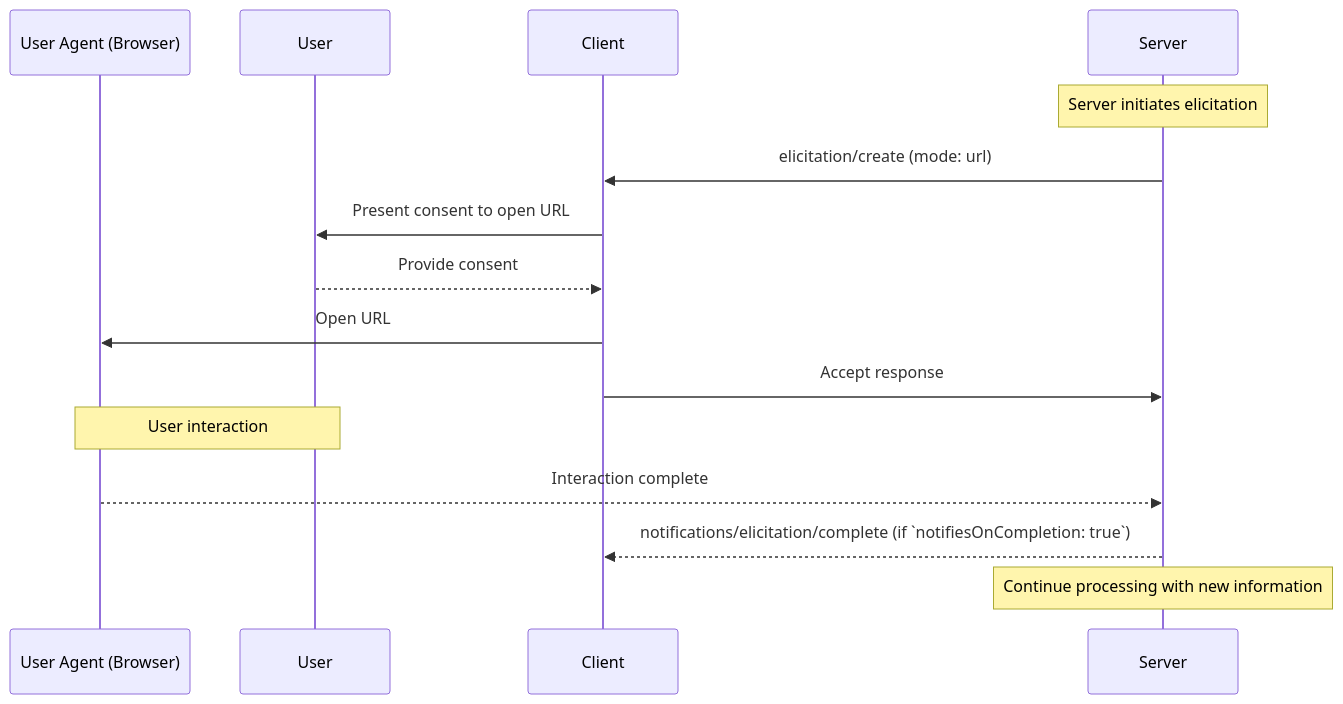
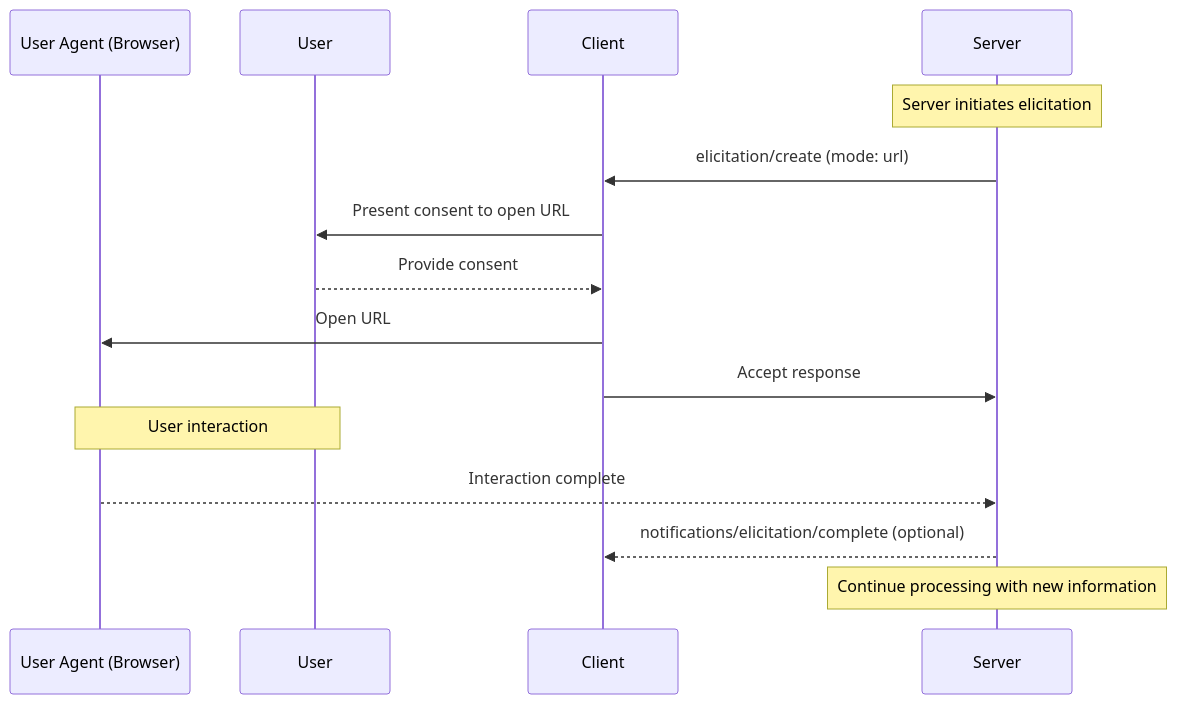
Before and after one commit to scottslewis/modelcontextprotocol: the second of 4 diagrams in docs/specification/draft/client/elicitation.mdx, drawn with Mermaid. The commit also changed other lines of this file and 3 other files, not shown here.

````diff
--- a/docs/specification/draft/client/elicitation.mdx
+++ b/docs/specification/draft/client/elicitation.mdx
@@ -487,22 +471,22 @@
 ```mermaid
 sequenceDiagram
     participant UserAgent as User Agent (Browser)
     participant User
     participant Client
     participant Server
 
     Note over Server: Server initiates elicitation
     Server->>Client: elicitation/create (mode: url)
 
     Client->>User: Present consent to open URL
     User-->>Client: Provide consent
 
     Client->>UserAgent: Open URL
     Client->>Server: Accept response
 
     Note over User,UserAgent: User interaction
     UserAgent-->>Server: Interaction complete
-    Server-->>Client: notifications/elicitation/complete (if `notifiesOnCompletion: true`)
+    Server-->>Client: notifications/elicitation/complete (optional)
 
     Note over Server: Continue processing with new information
 ```
````
